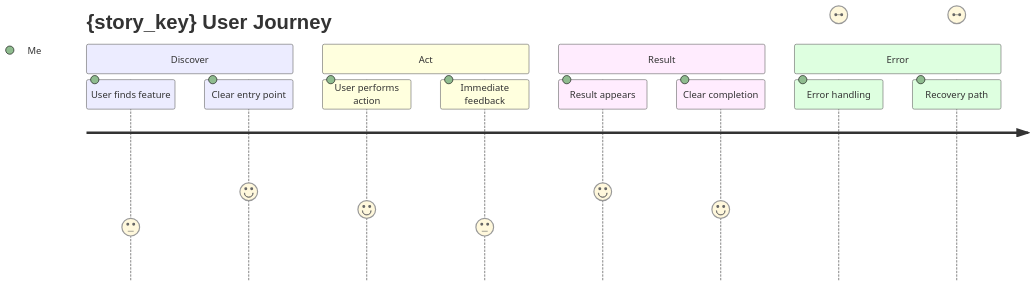
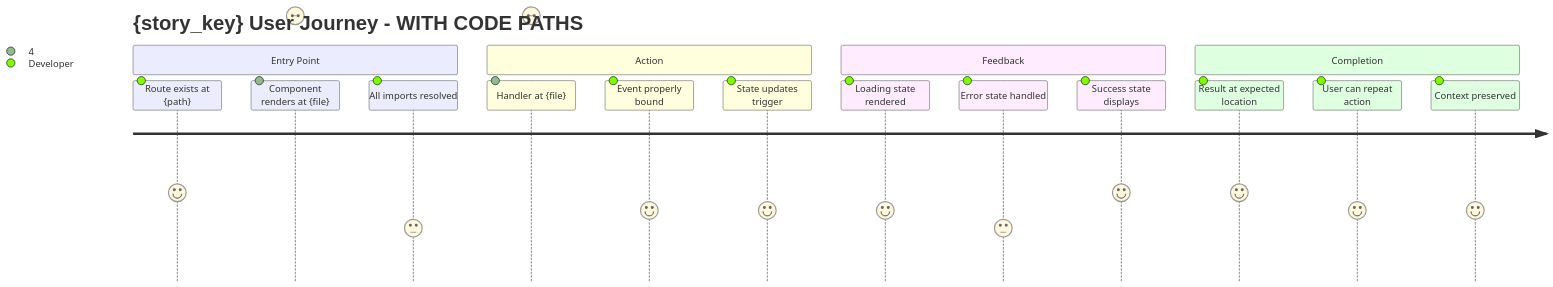
The diagram in _bmad-ext/modules/implementation/workflows/story-cycle/steps/step-01a-user-journey.md (shynlee04/project-alpha-master), drawn with Mermaid before and after one commit. The commit also changed other lines of this file and 133 other files, not shown here.

````diff
--- a/_bmad-ext/modules/implementation/workflows/story-cycle/steps/step-01a-user-journey.md
+++ b/_bmad-ext/modules/implementation/workflows/story-cycle/steps/step-01a-user-journey.md
@@ -81,16 +189,20 @@
 ```mermaid
 journey
-    title {story_key} User Journey
-    section Discover
-      User finds feature: 3: Me
-      Clear entry point: 5: Me
-    section Act
-      User performs action: 4: Me
-      Immediate feedback: 3: Me
-    section Result
-      Result appears: 5: Me
-      Clear completion: 4: Me
-    section Error
-      Error handling: ?: Me
-      Recovery path: ?: Me
+    title {story_key} User Journey - WITH CODE PATHS
+    section Entry Point
+      Route exists at {path}: 5: Developer
+      Component renders at {file}:{line}: 4: Developer
+      All imports resolved: 3: Developer
+    section Action
+      Handler at {file}:{line}: 4: Developer
+      Event properly bound: 4: Developer
+      State updates trigger: 4: Developer
+    section Feedback
+      Loading state rendered: 4: Developer
+      Error state handled: 3: Developer
+      Success state displays: 5: Developer
+    section Completion
+      Result at expected location: 5: Developer
+      User can repeat action: 4: Developer
+      Context preserved: 4: Developer
 ```
````
